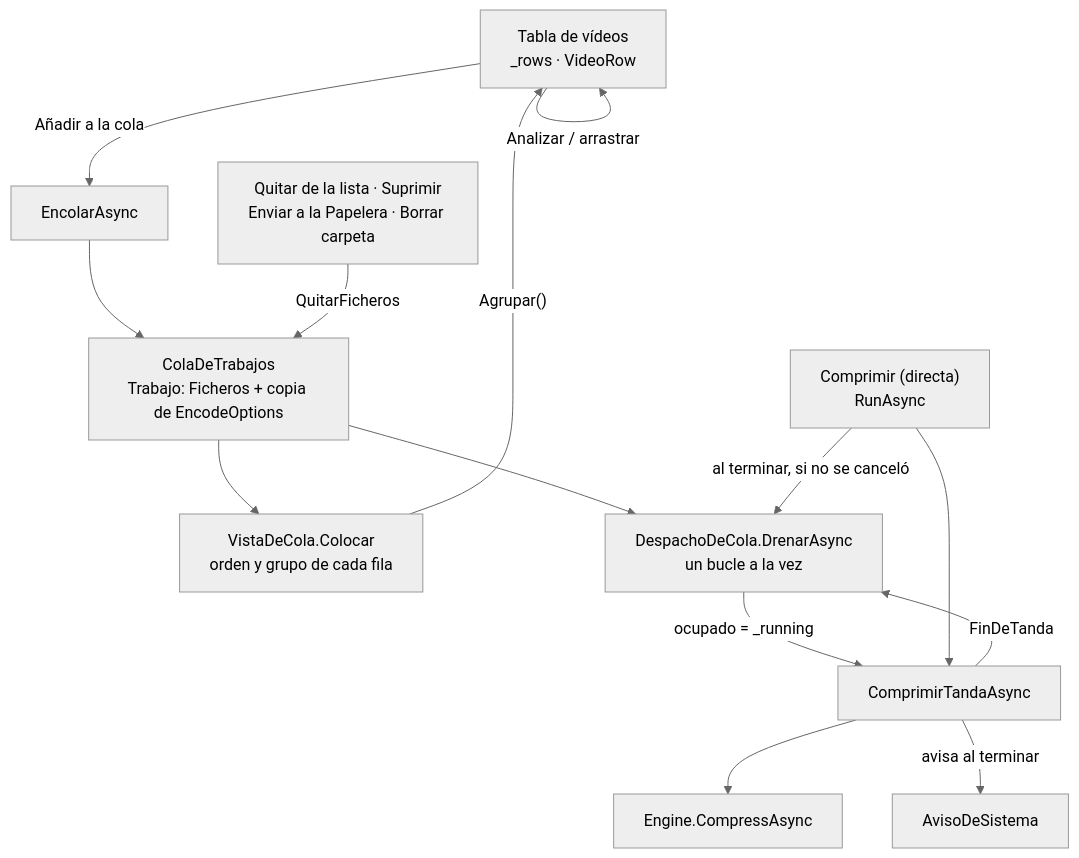
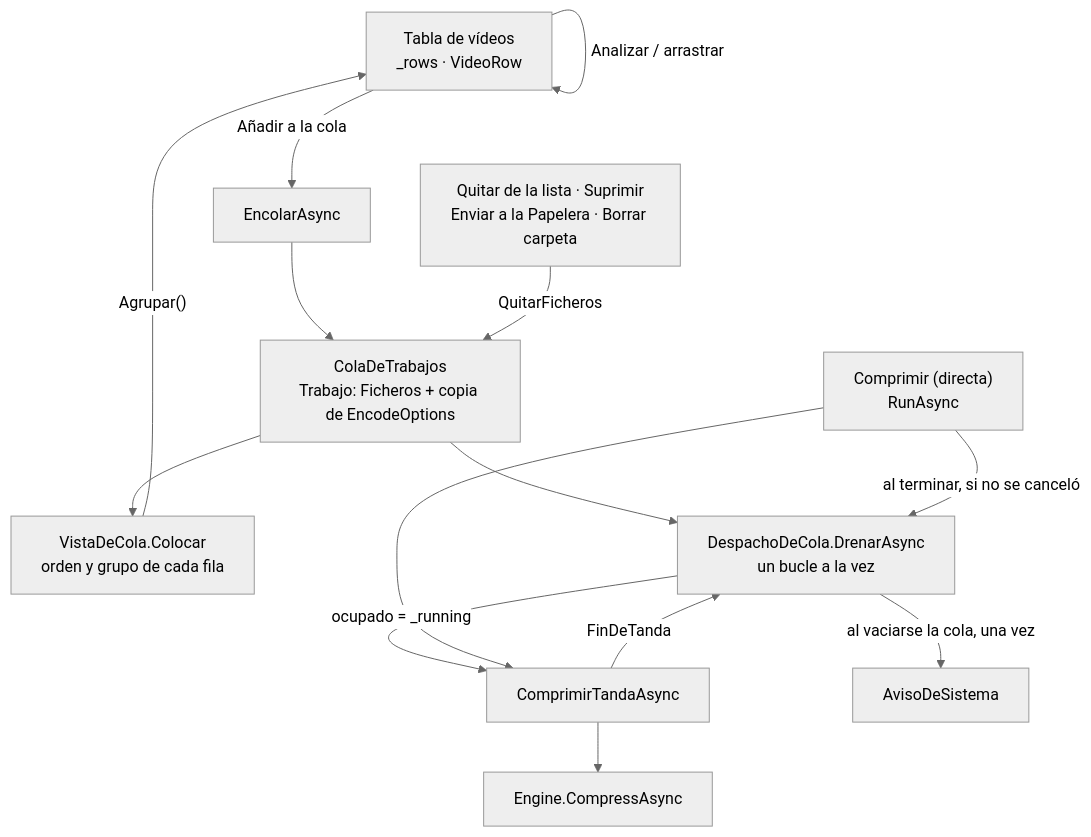
The diagram in docs/funcionalidades/cola-y-panel-comprimir.md (luishidalgoa/ondine), drawn with Mermaid (neutral theme) before and after one commit. The commit also changed other lines of this file and 15 other files, not shown here.

First line of the commit message:
feat(cola): la cola vive en la tabla de Comprimir; un aviso al vaciarse (#387)

````diff
--- a/docs/funcionalidades/cola-y-panel-comprimir.md
+++ b/docs/funcionalidades/cola-y-panel-comprimir.md
@@ -33,16 +31,16 @@
 ```mermaid
 flowchart TD
   TABLA["Tabla de vídeos<br/>_rows · VideoRow"] -- "Analizar / arrastrar" --> TABLA
   TABLA -- "Añadir a la cola" --> ENC["EncolarAsync"]
   ENC --> COLA["ColaDeTrabajos<br/>Trabajo: Ficheros + copia de EncodeOptions"]
   COLA --> VISTA["VistaDeCola.Colocar<br/>orden y grupo de cada fila"]
   VISTA -- "Agrupar()" --> TABLA
   COLA --> DES["DespachoDeCola.DrenarAsync<br/>un bucle a la vez"]
   DES -- "ocupado = _running" --> RUN
   RUN["ComprimirTandaAsync"] --> ENG["Engine.CompressAsync"]
   RUN -- "FinDeTanda" --> DES
   DIRECTA["Comprimir (directa)<br/>RunAsync"] --> RUN
   DIRECTA -- "al terminar, si no se canceló" --> DES
   QUITAR["Quitar de la lista · Suprimir<br/>Enviar a la Papelera · Borrar carpeta"] -- "QuitarFicheros" --> COLA
-  RUN -- "avisa al terminar" --> AVISO["AvisoDeSistema"]
+  DES -- "al vaciarse la cola, una vez" --> AVISO["AvisoDeSistema"]
 ```
````
